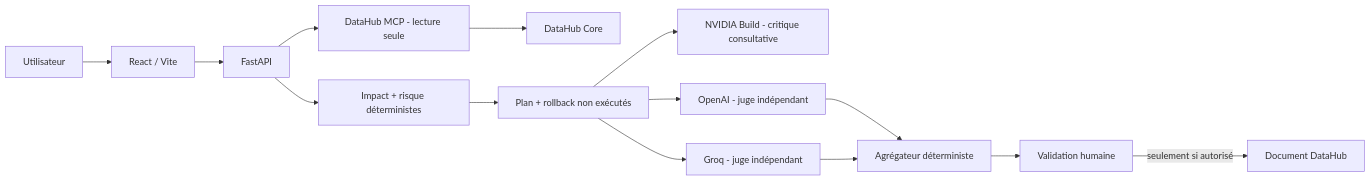
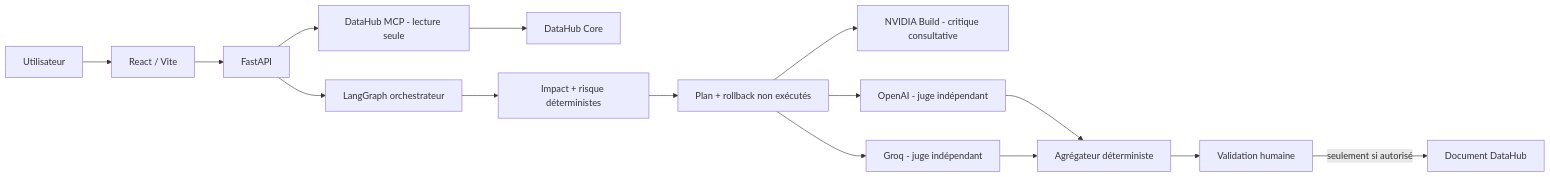
The first of 2 diagrams in README.md (omarfh111/LineageGuard-AI), drawn with Mermaid before and after one commit. The commit also changed other lines of this file and 32 other files, not shown here.

````diff
--- a/README.md
+++ b/README.md
@@ -15,16 +15,17 @@
 ```mermaid
 flowchart LR
     U[Utilisateur] --> UI[React / Vite]
     UI --> API[FastAPI]
     API --> MCP[DataHub MCP - lecture seule]
     MCP --> DH[DataHub Core]
-    API --> IMP[Impact + risque déterministes]
+    API --> LG[LangGraph orchestrateur]
+    LG --> IMP[Impact + risque déterministes]
     IMP --> PLAN[Plan + rollback non exécutés]
     PLAN --> NV[NVIDIA Build - critique consultative]
     PLAN --> OA[OpenAI - juge indépendant]
     PLAN --> GR[Groq - juge indépendant]
     OA --> AGG[Agrégateur déterministe]
     GR --> AGG
     AGG --> HITL[Validation humaine]
     HITL -->|seulement si autorisé| WB[Document DataHub]
 ```
````
